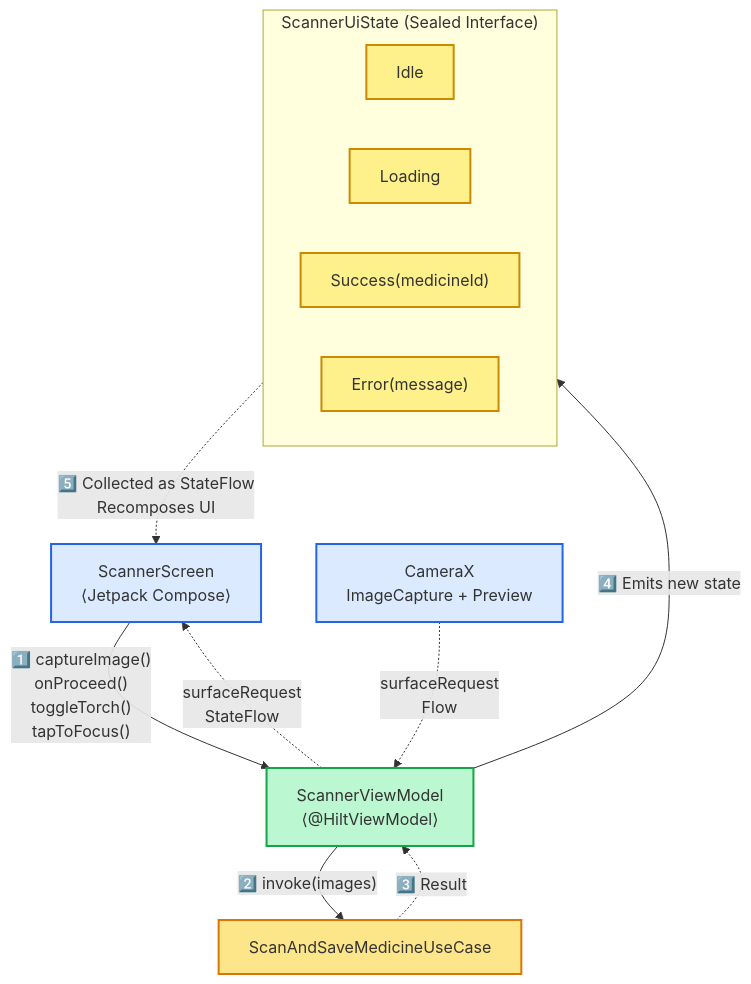
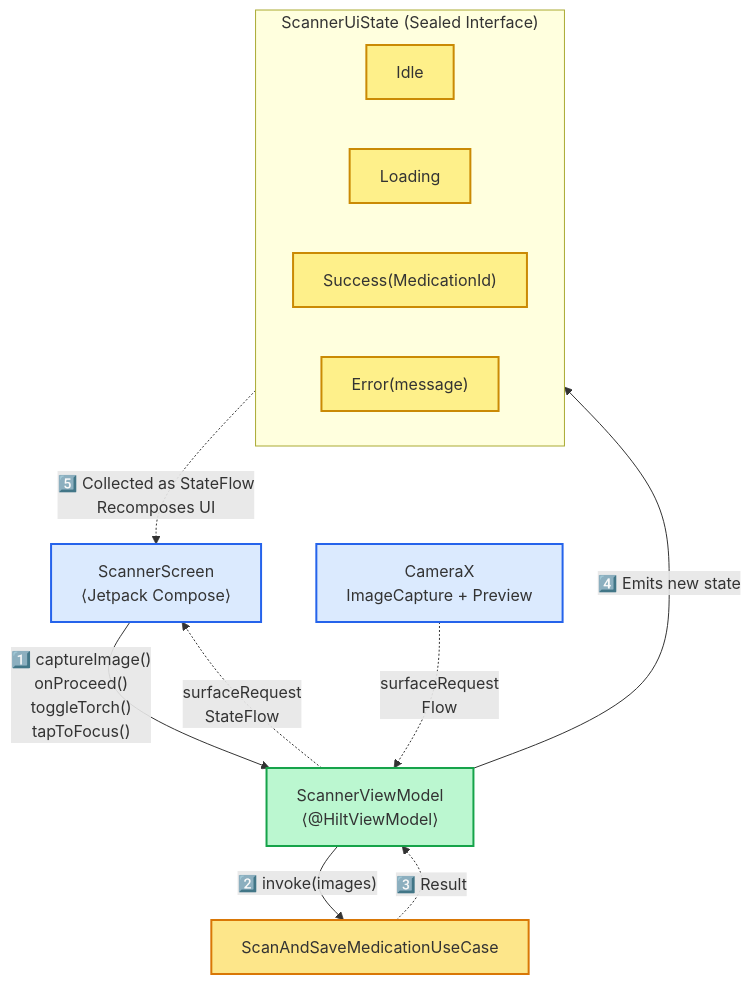
Before and after one commit to vikas-kmr1/Medyo: the seventh of 12 diagrams in medyo_module_graphs.md, drawn with Mermaid. The commit also changed other lines of this file and 32 other files, not shown here.

First line of the commit message:
refactor: rename medicine terminology to medication and enhance design system

````diff
--- a/medyo_module_graphs.md
+++ b/medyo_module_graphs.md
@@ -327,28 +327,28 @@
 ```mermaid
 graph TD
     classDef ui fill:#dbeafe,stroke:#2563eb,stroke-width:2px;
     classDef vm fill:#bbf7d0,stroke:#16a34a,stroke-width:2px;
     classDef state fill:#fef08a,stroke:#ca8a04,stroke-width:2px;
     classDef domain fill:#fde68a,stroke:#d97706,stroke-width:2px;
 
     Screen["ScannerScreen\n⟨Jetpack Compose⟩"]:::ui
     VM["ScannerViewModel\n⟨@HiltViewModel⟩"]:::vm
 
     subgraph UIState ["ScannerUiState (Sealed Interface)"]
         Idle["Idle"]:::state
         Loading["Loading"]:::state
-        Success["Success(medicineId)"]:::state
+        Success["Success(MedicationId)"]:::state
         Error["Error(message)"]:::state
     end
 
-    UseCase["ScanAndSaveMedicineUseCase"]:::domain
+    UseCase["ScanAndSaveMedicationUseCase"]:::domain
     CameraX["CameraX\nImageCapture + Preview"]:::ui
 
     Screen -- "1️⃣ captureImage()\nonProceed()\ntoggleTorch()\ntapToFocus()" --> VM
     VM -- "2️⃣ invoke(images)" --> UseCase
     UseCase -. "3️⃣ Result<Long>" .-> VM
     VM -- "4️⃣ Emits new state" --> UIState
     UIState -. "5️⃣ Collected as StateFlow\nRecomposes UI" .-> Screen
     CameraX -. "surfaceRequest\nFlow" .-> VM
     VM -. "surfaceRequest\nStateFlow" .-> Screen
 ```
````
